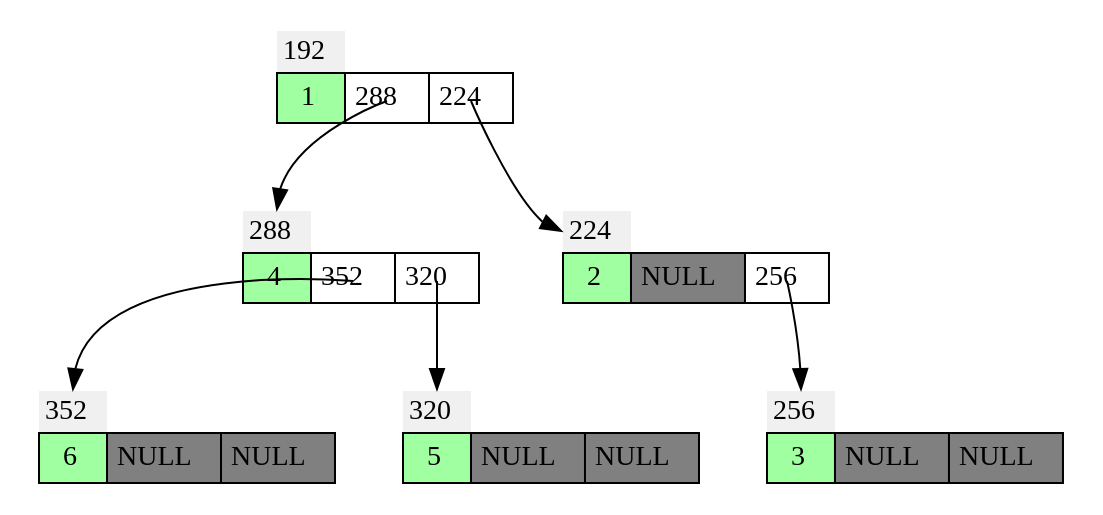
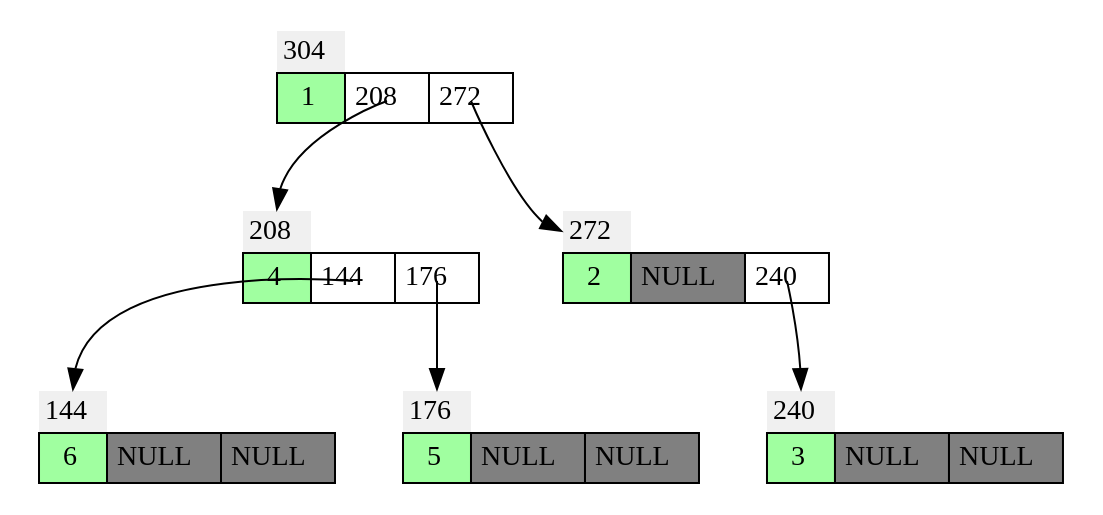
Before and after one commit to akij22/LASD: the diagram in Consegna2/graph.dot, drawn with Graphviz. The commit also changed 3 other files, not shown here.

```diff
--- a/Consegna2/graph.dot
+++ b/Consegna2/graph.dot
@@ -1,61 +1,61 @@
 digraph g
 {
 node [shape=none]
 rankdir="TB"
 edge[tailclip=false,arrowtail=dot];
-node_192_0
+node_304_0
 [label=<
 <TABLE BORDER="0" CELLBORDER="1" CELLSPACING="0" CELLPADDING="4" >
-<TR> <TD CELLPADDING="3" BORDER="0" ALIGN="LEFT" bgcolor="#f0f0f0" PORT="id">192</TD> </TR><TR>
+<TR> <TD CELLPADDING="3" BORDER="0" ALIGN="LEFT" bgcolor="#f0f0f0" PORT="id">304</TD> </TR><TR>
 <TD PORT="val" bgcolor="#a0FFa0">1</TD>
- <TD PORT="L" > 288</TD>
- <TD PORT="R" > 224</TD>
+ <TD PORT="L" > 208</TD>
+ <TD PORT="R" > 272</TD>
 </TR></TABLE>>];
-rank = same; node_192_0;node_288_0;
-node_192_0:L:c -> node_288_0:id ;
-node_192_0:R:c -> node_224_0:id ;
-node_288_0
+rank = same; node_304_0;node_208_0;
+node_304_0:L:c -> node_208_0:id ;
+node_304_0:R:c -> node_272_0:id ;
+node_208_0
 [label=<
 <TABLE BORDER="0" CELLBORDER="1" CELLSPACING="0" CELLPADDING="4" >
-<TR> <TD CELLPADDING="3" BORDER="0" ALIGN="LEFT" bgcolor="#f0f0f0" PORT="id">288</TD> </TR><TR>
+<TR> <TD CELLPADDING="3" BORDER="0" ALIGN="LEFT" bgcolor="#f0f0f0" PORT="id">208</TD> </TR><TR>
 <TD PORT="val" bgcolor="#a0FFa0">4</TD>
- <TD PORT="L" > 352</TD>
- <TD PORT="R" > 320</TD>
+ <TD PORT="L" > 144</TD>
+ <TD PORT="R" > 176</TD>
 </TR></TABLE>>];
-rank = same; node_288_0;node_352_0;
-node_288_0:L:c -> node_352_0:id ;
-node_288_0:R:c -> node_320_0:id ;
-node_352_0
+rank = same; node_208_0;node_144_0;
+node_208_0:L:c -> node_144_0:id ;
+node_208_0:R:c -> node_176_0:id ;
+node_144_0
 [label=<
 <TABLE BORDER="0" CELLBORDER="1" CELLSPACING="0" CELLPADDING="4" >
-<TR> <TD CELLPADDING="3" BORDER="0" ALIGN="LEFT" bgcolor="#f0f0f0" PORT="id">352</TD> </TR><TR>
+<TR> <TD CELLPADDING="3" BORDER="0" ALIGN="LEFT" bgcolor="#f0f0f0" PORT="id">144</TD> </TR><TR>
 <TD PORT="val" bgcolor="#a0FFa0">6</TD>
  <TD PORT="L" bgcolor="#808080"> NULL</TD>
  <TD PORT="R" bgcolor="#808080"> NULL</TD>
 </TR></TABLE>>];
-node_320_0
+node_176_0
 [label=<
 <TABLE BORDER="0" CELLBORDER="1" CELLSPACING="0" CELLPADDING="4" >
-<TR> <TD CELLPADDING="3" BORDER="0" ALIGN="LEFT" bgcolor="#f0f0f0" PORT="id">320</TD> </TR><TR>
+<TR> <TD CELLPADDING="3" BORDER="0" ALIGN="LEFT" bgcolor="#f0f0f0" PORT="id">176</TD> </TR><TR>
 <TD PORT="val" bgcolor="#a0FFa0">5</TD>
  <TD PORT="L" bgcolor="#808080"> NULL</TD>
  <TD PORT="R" bgcolor="#808080"> NULL</TD>
 </TR></TABLE>>];
-node_224_0
+node_272_0
 [label=<
 <TABLE BORDER="0" CELLBORDER="1" CELLSPACING="0" CELLPADDING="4" >
-<TR> <TD CELLPADDING="3" BORDER="0" ALIGN="LEFT" bgcolor="#f0f0f0" PORT="id">224</TD> </TR><TR>
+<TR> <TD CELLPADDING="3" BORDER="0" ALIGN="LEFT" bgcolor="#f0f0f0" PORT="id">272</TD> </TR><TR>
 <TD PORT="val" bgcolor="#a0FFa0">2</TD>
  <TD PORT="L" bgcolor="#808080"> NULL</TD>
- <TD PORT="R" > 256</TD>
+ <TD PORT="R" > 240</TD>
 </TR></TABLE>>];
-node_224_0:R:c -> node_256_0:id ;
-node_256_0
+node_272_0:R:c -> node_240_0:id ;
+node_240_0
 [label=<
 <TABLE BORDER="0" CELLBORDER="1" CELLSPACING="0" CELLPADDING="4" >
-<TR> <TD CELLPADDING="3" BORDER="0" ALIGN="LEFT" bgcolor="#f0f0f0" PORT="id">256</TD> </TR><TR>
+<TR> <TD CELLPADDING="3" BORDER="0" ALIGN="LEFT" bgcolor="#f0f0f0" PORT="id">240</TD> </TR><TR>
 <TD PORT="val" bgcolor="#a0FFa0">3</TD>
  <TD PORT="L" bgcolor="#808080"> NULL</TD>
  <TD PORT="R" bgcolor="#808080"> NULL</TD>
 </TR></TABLE>>];
 }
```
